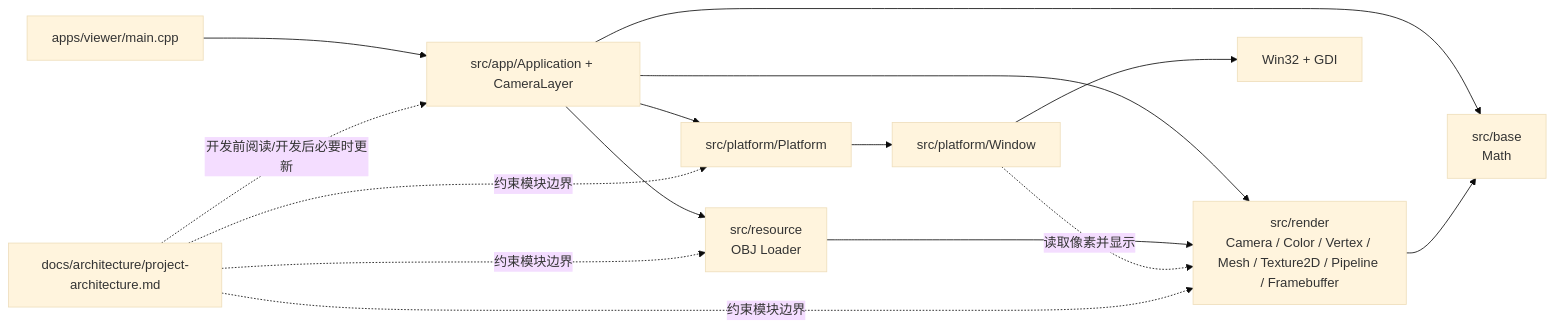
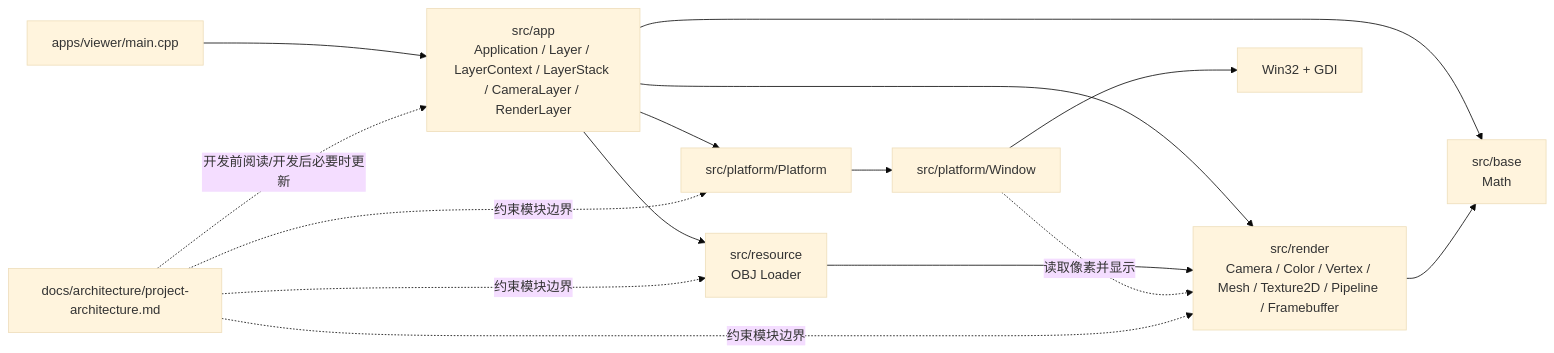
Before and after one commit to wanyan1114/softRenderer: the first of 2 diagrams in docs/architecture/project-architecture.md, drawn with Mermaid (base theme). The commit also changed other lines of this file and 54 other files, not shown here.

````diff
--- a/docs/architecture/project-architecture.md
+++ b/docs/architecture/project-architecture.md
@@ -33,27 +33,27 @@
 ```mermaid
 flowchart LR
     viewer["apps/viewer/main.cpp"]
-    app["src/app/Application + CameraLayer"]
+    app["src/app<br/>Application / Layer / LayerContext / LayerStack / CameraLayer / RenderLayer"]
     resource["src/resource\nOBJ Loader"]
     base["src/base\nMath"]
     render["src/render\nCamera / Color / Vertex / Mesh / Texture2D / Pipeline / Framebuffer"]
     platform["src/platform/Platform"]
     window["src/platform/Window"]
     win32["Win32 + GDI"]
     docs["docs/architecture/project-architecture.md"]
 
     viewer --> app
     app --> base
     app --> resource
     app --> render
     app --> platform
     resource --> render
     platform --> window
     window --> win32
     render --> base
     window -.读取像素并显示.-> render
     docs -.开发前阅读/开发后必要时更新.-> app
     docs -.约束模块边界.-> resource
     docs -.约束模块边界.-> platform
     docs -.约束模块边界.-> render
 ```
````
